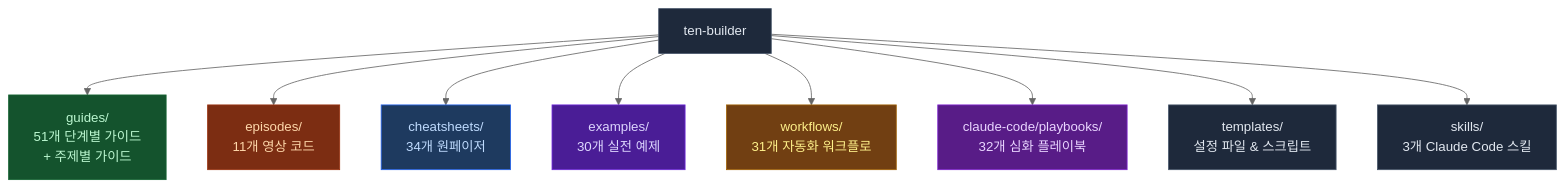
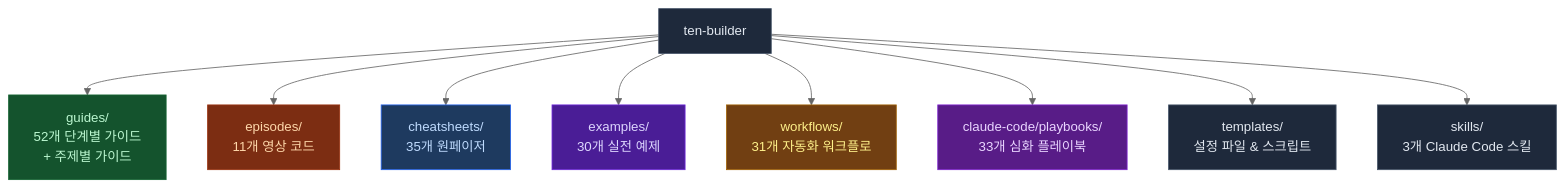
Before and after one commit to ten-builder/ten-builder: the first of 2 diagrams in README.md, drawn with Mermaid (neutral theme). The commit also changed other lines of this file, not shown here.

Commit message:
docs: README sync -- guide 52, cheatsheet security-threat, playbook 39

````diff
--- a/README.md
+++ b/README.md
@@ -23,21 +23,21 @@
 ```mermaid
 flowchart TD
-    R["ten-builder"] --> G["guides/\n51개 단계별 가이드\n+ 주제별 가이드"]
+    R["ten-builder"] --> G["guides/\n52개 단계별 가이드\n+ 주제별 가이드"]
     R --> E["episodes/\n11개 영상 코드"]
-    R --> C["cheatsheets/\n34개 원페이저"]
+    R --> C["cheatsheets/\n35개 원페이저"]
     R --> EX["examples/\n30개 실전 예제"]
     R --> W["workflows/\n31개 자동화 워크플로"]
-    R --> P["claude-code/playbooks/\n32개 심화 플레이북"]
+    R --> P["claude-code/playbooks/\n33개 심화 플레이북"]
     R --> T["templates/\n설정 파일 & 스크립트"]
     R --> S["skills/\n3개 Claude Code 스킬"]
 
     style R fill:#1e293b,stroke:#475569,color:#e2e8f0
     style G fill:#14532d,stroke:#166534,color:#bbf7d0
     style E fill:#7c2d12,stroke:#9a3412,color:#fed7aa
     style C fill:#1e3a5f,stroke:#2563eb,color:#bfdbfe
     style EX fill:#4a1d96,stroke:#6d28d9,color:#ddd6fe
     style W fill:#713f12,stroke:#a16207,color:#fef08a
     style P fill:#581c87,stroke:#7e22ce,color:#e9d5ff
     style T fill:#1e293b,stroke:#475569,color:#e2e8f0
     style S fill:#1e293b,stroke:#475569,color:#e2e8f0
 ```
````
